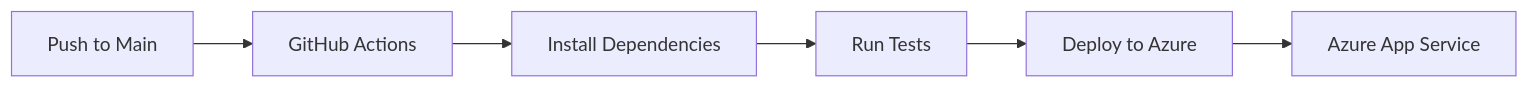
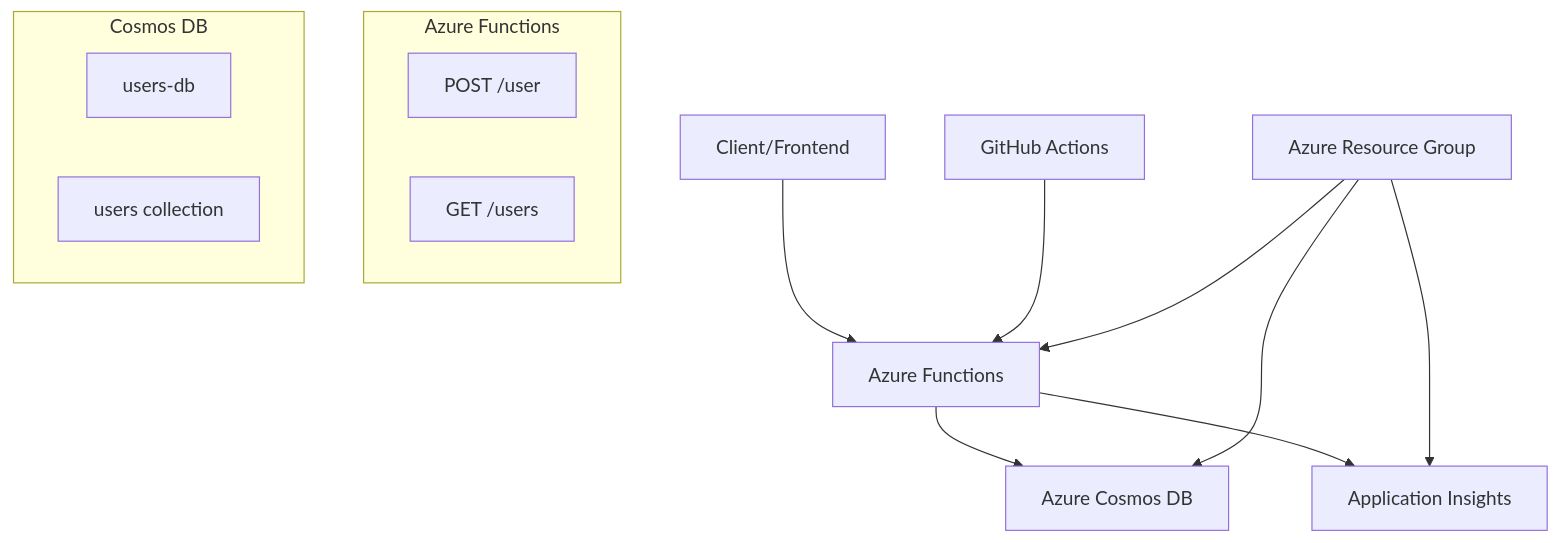
Before and after one commit to ryana79/azure-serverless-user-management: the diagram in README.md, drawn with Mermaid. The commit also changed other lines of this file and 30 other files, not shown here.

Commit message:
Complete Azure serverless user management system - Features: Serverless API with Azure Functions, Modern frontend, Cosmos DB, IaC with Bicep, CI/CD pipeline, Application Insights monitoring

````diff
--- a/README.md
+++ b/README.md
@@ -17,8 +9,20 @@
 ```mermaid
-graph LR
-    A[Push to Main] --> B[GitHub Actions]
-    B --> C[Install Dependencies]
-    C --> D[Run Tests]
-    D --> E[Deploy to Azure]
-    E --> F[Azure App Service]
+graph TB
+    A[Client/Frontend] --> B[Azure Functions]
+    B --> C[Azure Cosmos DB]
+    B --> D[Application Insights]
+    E[GitHub Actions] --> B
+    F[Azure Resource Group] --> B
+    F --> C
+    F --> D
+    
+    subgraph "Azure Functions"
+        B1[POST /user]
+        B2[GET /users]
+    end
+    
+    subgraph "Cosmos DB"
+        C1[users-db]
+        C2[users collection]
+    end
 ```
````
